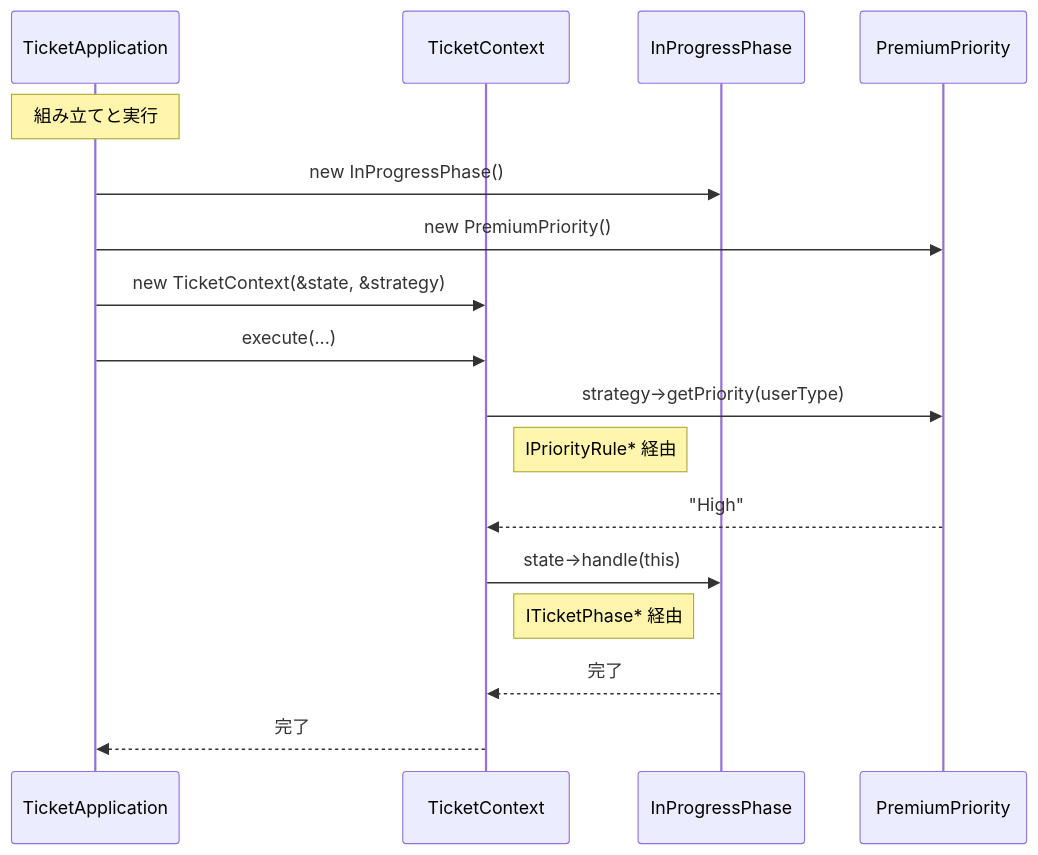
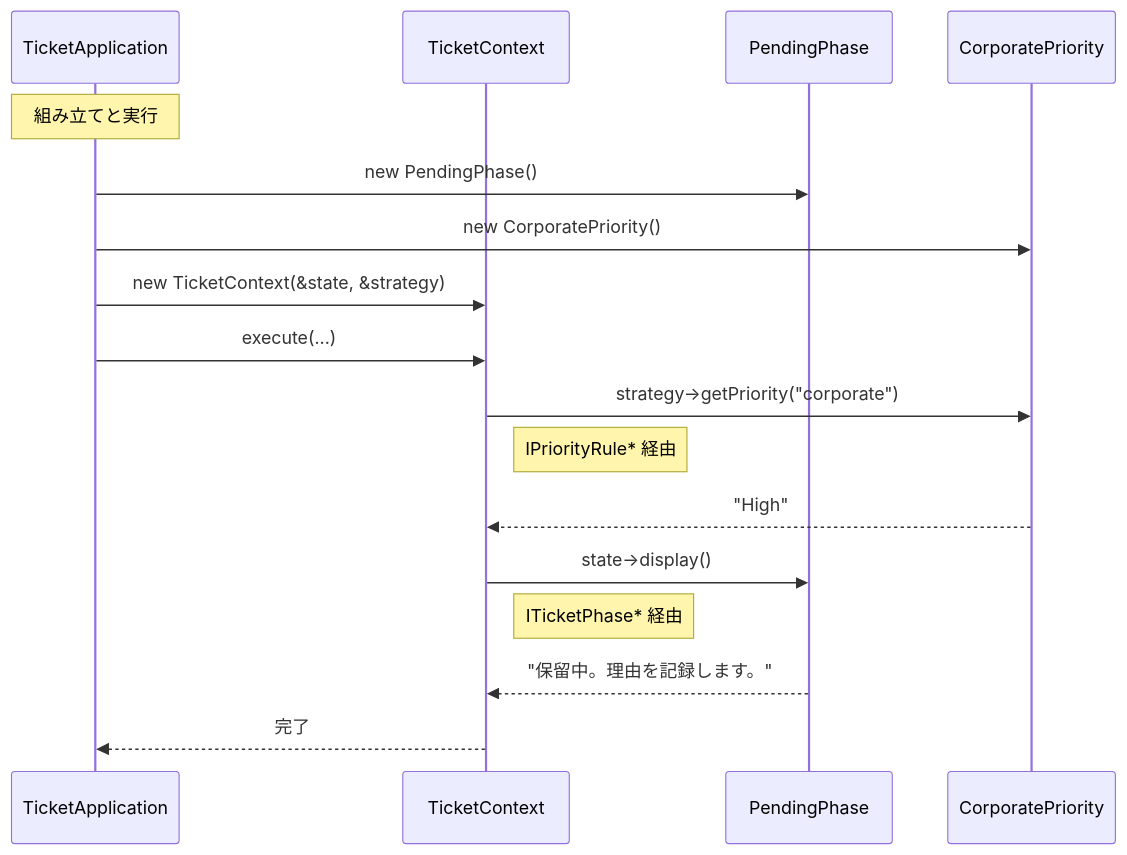
Before and after one commit to kumachan1101-pixel/DesignPattern: diagram 12 of 16 in kindle/design-patterns/output/chapter09_2.md, drawn with Mermaid. The commit also changed other lines of this file and 12 other files, not shown here.

````diff
--- a/kindle/design-patterns/output/chapter09_2.md
+++ b/kindle/design-patterns/output/chapter09_2.md
@@ -1736,19 +1789,19 @@
 ```mermaid
 sequenceDiagram
     participant App as TicketApplication
     participant TM as TicketContext
-    participant IS as InProgressPhase
-    participant PP as PremiumPriority
+    participant PS as PendingPhase
+    participant CP as CorporatePriority
     Note over App: 組み立てと実行
-    App->>IS: new InProgressPhase()
-    App->>PP: new PremiumPriority()
+    App->>PS: new PendingPhase()
+    App->>CP: new CorporatePriority()
     App->>TM: new TicketContext(&state, &strategy)
     App->>TM: execute(...)
-    TM->>PP: strategy->getPriority(userType)
+    TM->>CP: strategy->getPriority("corporate")
     Note right of TM: IPriorityRule* 経由
-    PP-->>TM: "High"
-    TM->>IS: state->handle(this)
+    CP-->>TM: "High"
+    TM->>PS: state->display()
     Note right of TM: ITicketPhase* 経由
-    IS-->>TM: 完了
+    PS-->>TM: "保留中。理由を記録します。"
     TM-->>App: 完了
 ```
````
